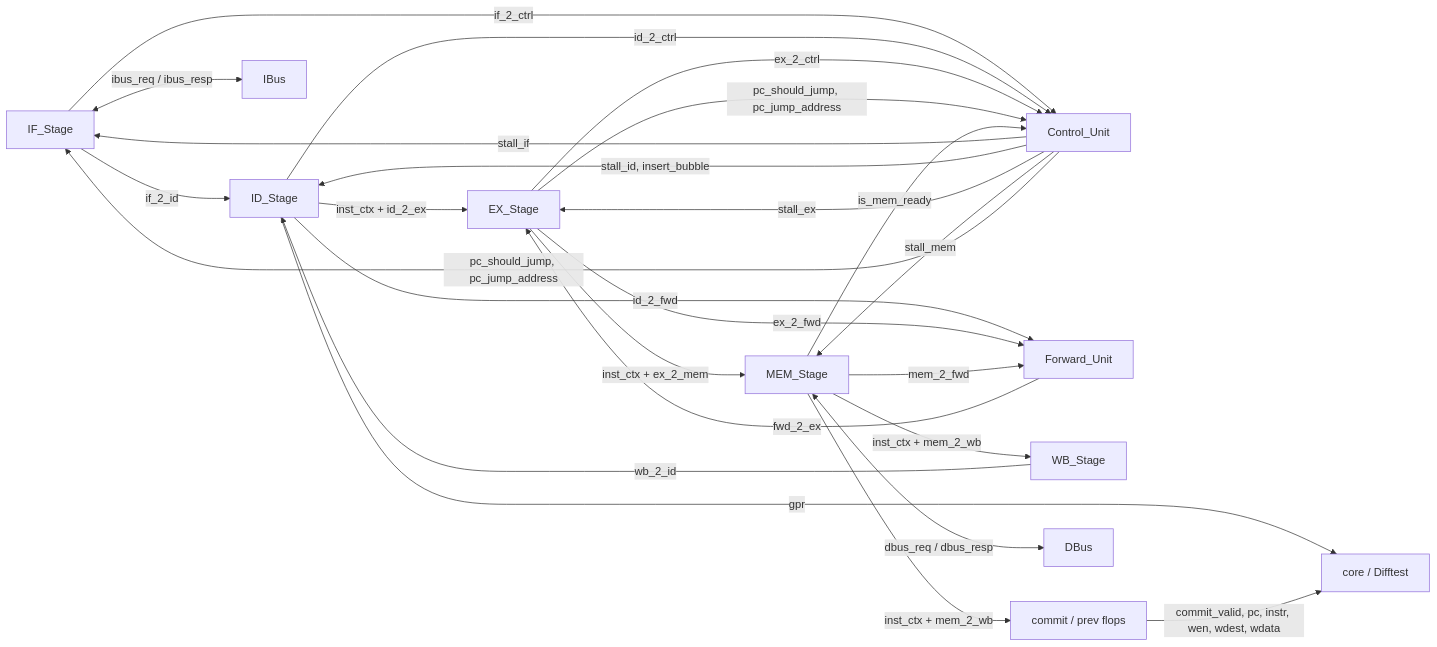
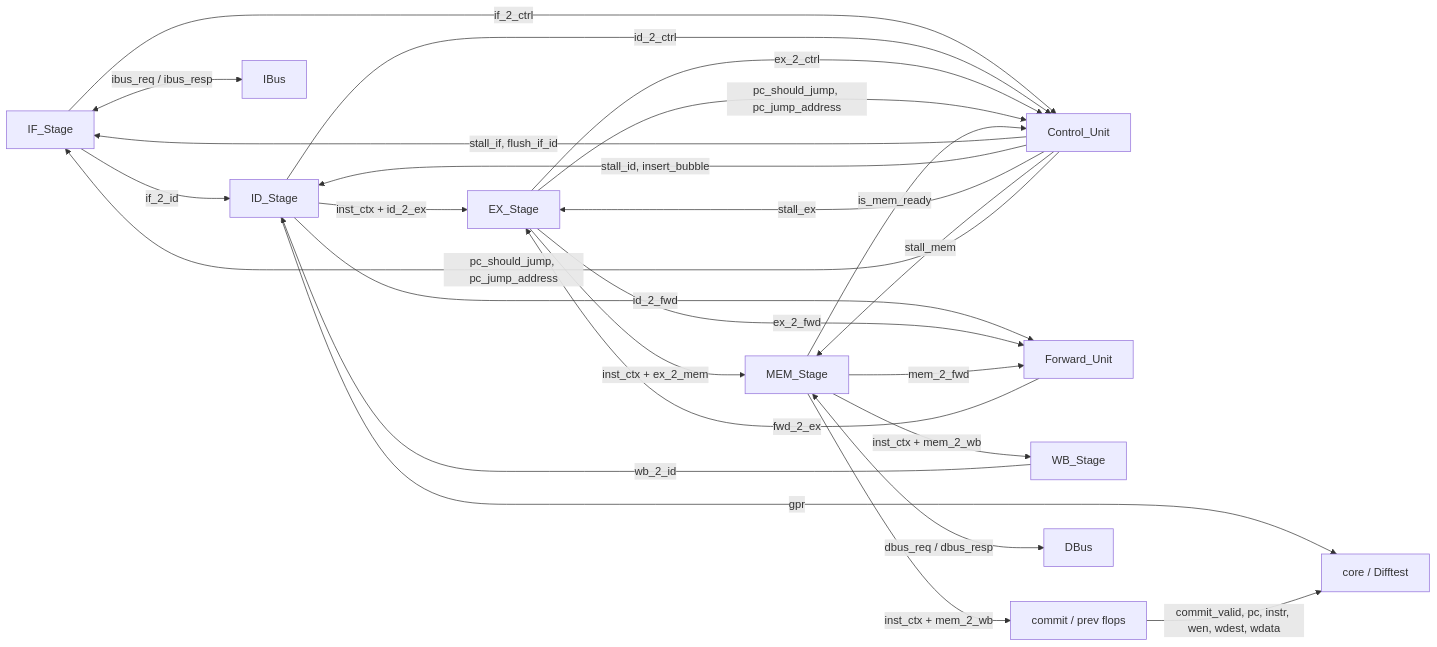
Before and after one commit to zhao-jingyan/26-Arch: the sixth of 6 diagrams in design/arch_v2.md, drawn with Mermaid. The commit also changed other lines of this file and 3 other files, not shown here.

````diff
--- a/design/arch_v2.md
+++ b/design/arch_v2.md
@@ -830,35 +835,35 @@
 ```mermaid
 flowchart LR
     IFStage[IF_Stage] -->|if_2_id| IDStage[ID_Stage]
     IFStage -->|if_2_ctrl| Ctrl[Control_Unit]
 
     IDStage -->|inst_ctx + id_2_ex| EXStage[EX_Stage]
     IDStage -->|id_2_fwd| FWD[Forward_Unit]
     IDStage -->|id_2_ctrl| Ctrl
     IDStage -->|gpr| CoreOut[core / Difftest]
 
     EXStage -->|inst_ctx + ex_2_mem| MEMStage[MEM_Stage]
     EXStage -->|ex_2_fwd| FWD
     EXStage -->|ex_2_ctrl| Ctrl
     EXStage -->|pc_should_jump, pc_jump_address| Ctrl
 
     MEMStage -->|inst_ctx + mem_2_wb| WBStage[WB_Stage]
     MEMStage -->|mem_2_fwd| FWD
     MEMStage -->|is_mem_ready| Ctrl
     MEMStage -->|inst_ctx + mem_2_wb| Commit["commit / prev flops"]
 
     WBStage -->|wb_2_id| IDStage
 
     FWD -->|fwd_2_ex| EXStage
 
-    Ctrl -->|stall_if| IFStage
+    Ctrl -->|stall_if, flush_if_id| IFStage
     Ctrl -->|stall_id, insert_bubble| IDStage
     Ctrl -->|stall_ex| EXStage
     Ctrl -->|stall_mem| MEMStage
     Ctrl -->|pc_should_jump, pc_jump_address| IFStage
 
     IFStage <-->|ibus_req / ibus_resp| IBus
     MEMStage <-->|dbus_req / dbus_resp| DBus
 
     Commit -->|commit_valid, pc, instr, wen, wdest, wdata| CoreOut
 ```
````
